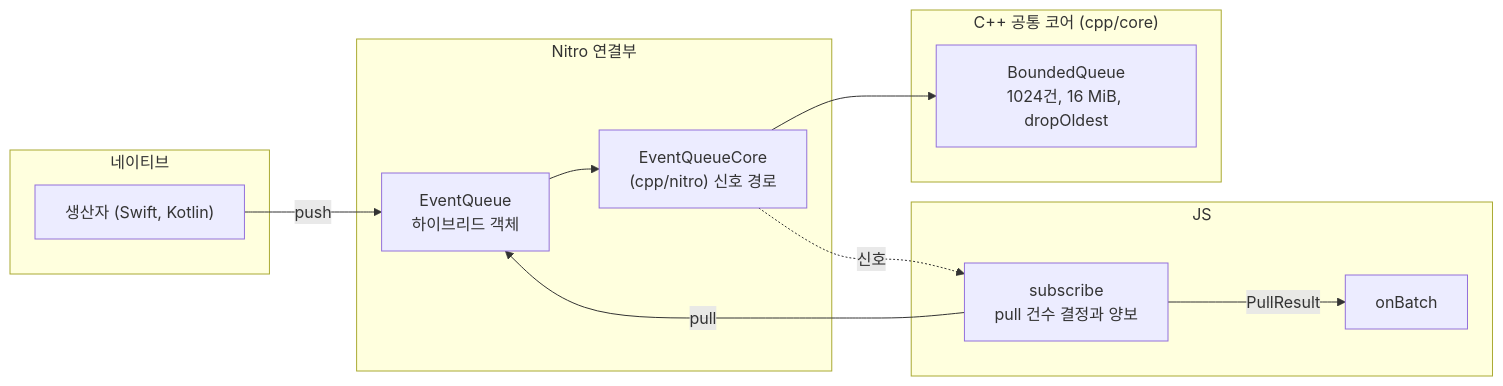
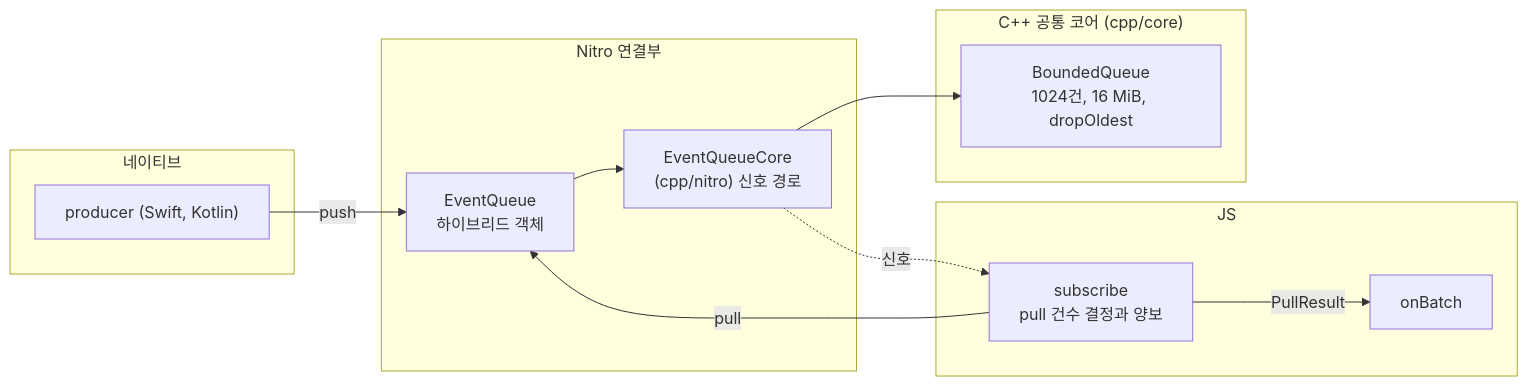
Before and after one commit to opficdev/react-native-velo: the diagram in README.md, drawn with Mermaid. The commit also changed other lines of this file and 15 other files, not shown here.

````diff
--- a/README.md
+++ b/README.md
@@ -21,23 +21,23 @@
 ```mermaid
 flowchart LR
   subgraph Native["네이티브"]
-    P["생산자 (Swift, Kotlin)"]
+    P["producer (Swift, Kotlin)"]
   end
   subgraph Core["C++ 공통 코어 (cpp/core)"]
     Q["BoundedQueue<br/>1024건, 16 MiB, dropOldest"]
   end
   subgraph Nitro["Nitro 연결부"]
     H["EventQueue<br/>하이브리드 객체"]
     E["EventQueueCore<br/>(cpp/nitro) 신호 경로"]
   end
   subgraph JS["JS"]
     S["subscribe<br/>pull 건수 결정과 양보"]
     C["onBatch"]
   end
   P -- "push" --> H
   H --> E
   E --> Q
   E -. "신호" .-> S
   S -- "pull" --> H
   S -- "PullResult" --> C
 ```
````
